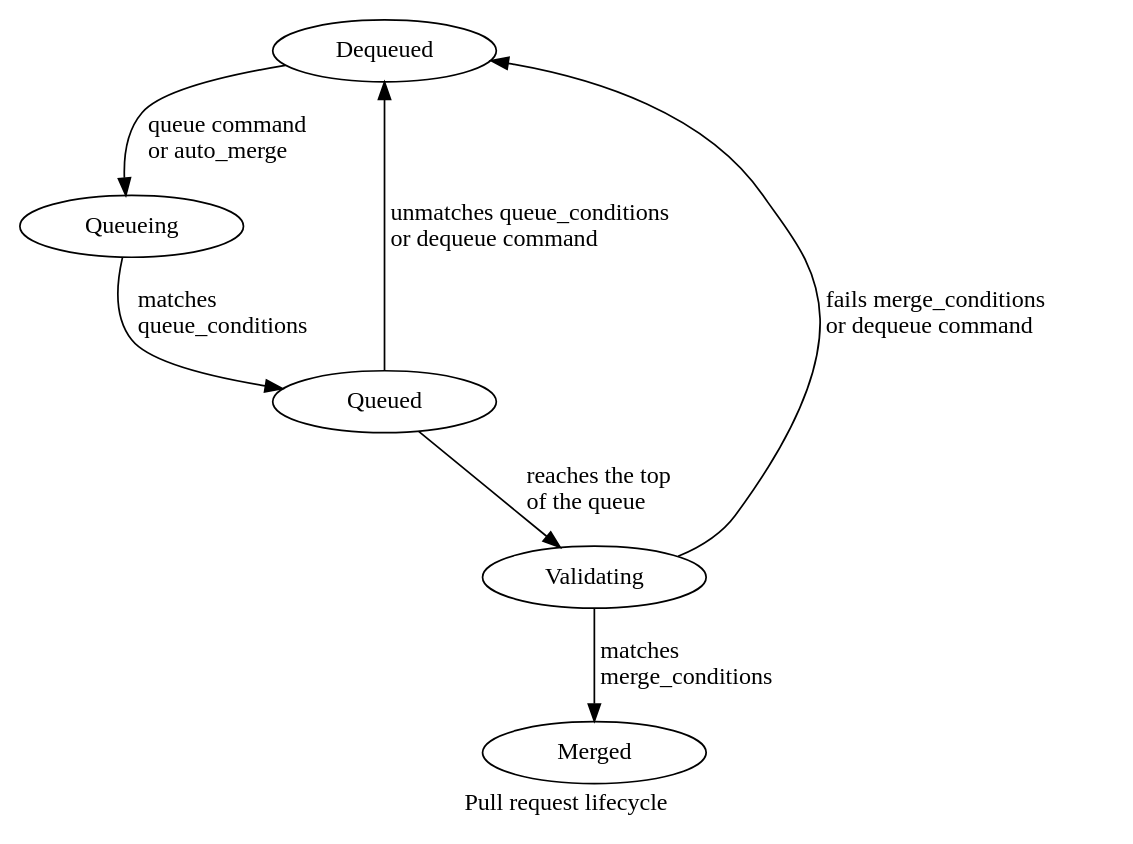
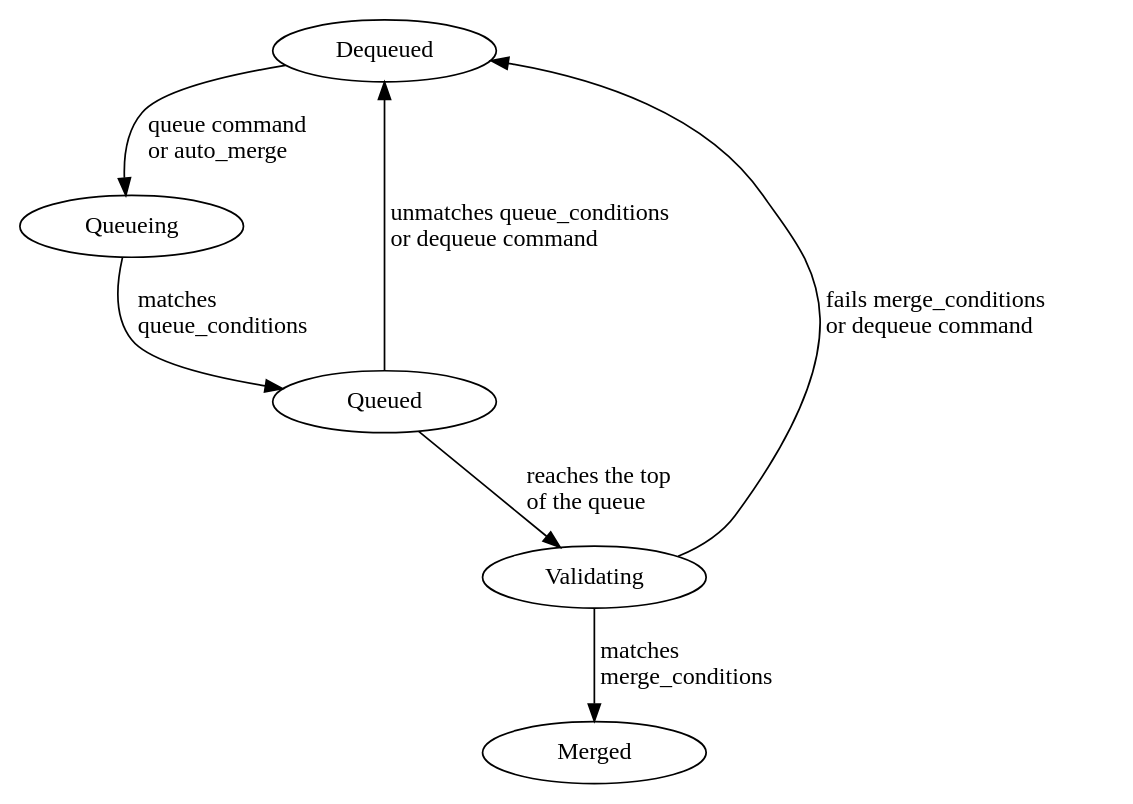
One commit to Mergifyio/docs changed the diagram in src/content/docs/merge-queue/lifecycle.mdx. Above: the diagram before and after it, drawn with Graphviz. The commit also changed 20 other files, not shown here.

First line of the commit message:
feat(diagrams): size by type, caption in HTML, one meaning per role

````diff
--- a/src/content/docs/merge-queue/lifecycle.mdx
+++ b/src/content/docs/merge-queue/lifecycle.mdx
@@ -40,19 +40,18 @@
-```dot class="flow"
+```dot class="flow" title="A pull request's states in the merge queue, and what moves it between them"
 digraph {
-  label="Pull request lifecycle";
   node [width=1.8];
 
   Dequeued [class="external"];
   Queueing [class="pending"];
   Queued [class="queued"];
   Validating [class="pending"];
   Merged [class="merged"];
 
   Dequeued -> Queueing [label="  queue command\l  or auto_merge\l"];
   Queueing -> Queued [label="  matches\l  queue_conditions\l"];
   Queued -> Validating [label="  reaches the top\l  of the queue\l"];
   Validating -> Merged [label="  matches\l  merge_conditions\l", class="merged"];
   Queued -> Dequeued [label="  unmatches queue_conditions\l  or dequeue command\l", class="failed"];
   Validating -> Dequeued [label="  fails merge_conditions\l  or dequeue command\l", class="failed"];
 }
 ```
````
